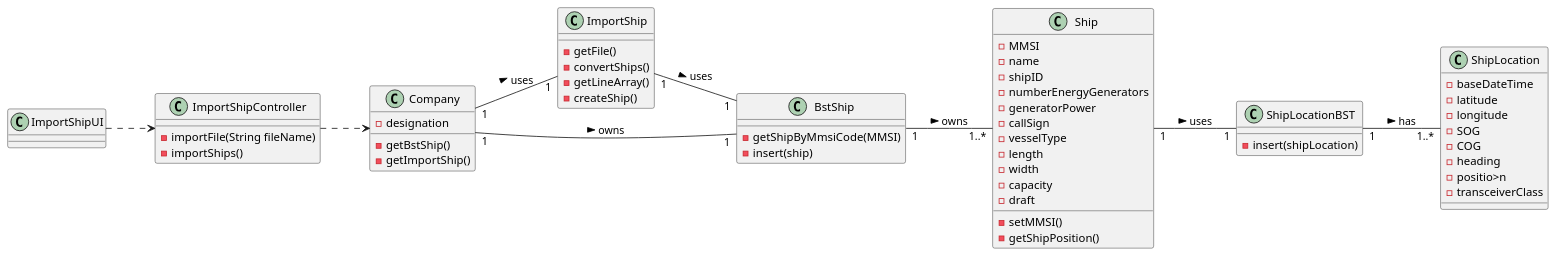
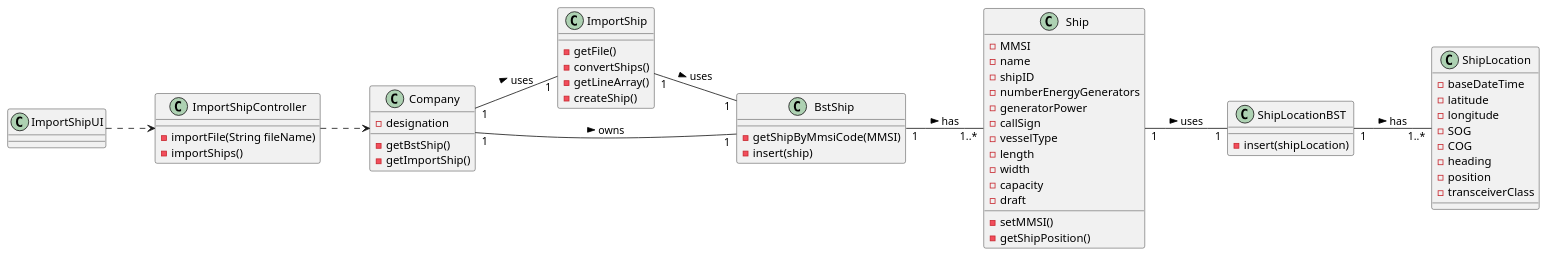
One commit to 0franciscor/lapr3-2021-g042 changed the diagram in docs/US101/US101_CD.puml. Above: the diagram before and after it, drawn with PlantUML. The commit also changed 3 other files, not shown here.

Commit message:
G42-39 #close Class Diagram Complete

```diff
--- a/docs/US101/US101_CD.puml
+++ b/docs/US101/US101_CD.puml
@@ -1,80 +1,80 @@
 @startuml
 left to right direction
 
 
 class Company{
 -designation
 -getBstShip()
 -getImportShip()
 }
 
 class Ship {
 -MMSI
 -name
 -shipID
 -numberEnergyGenerators
 -generatorPower
 -callSign
 -vesselType
 -length
 -width
 -capacity
 -draft
 -setMMSI()
 -getShipPosition()
 }
 
 class ImportShip{
 -getFile()
 -convertShips()
 -getLineArray()
 -createShip()
 }
 
 class ImportShipController{
 -importFile(String fileName)
 -importShips()
 }
 
 class ImportShipUI{
 }
 
 class ShipLocation{
 -baseDateTime
 -latitude
 -longitude
 -SOG
 -COG
 -heading
--positio>n
+-position
 -transceiverClass
 }
 
 class ShipLocationBST{
 -insert(shipLocation)
 }
 
 class BstShip{
 -getShipByMmsiCode(MMSI)
 -insert(ship)
 }
 
 ImportShipUI ..> ImportShipController
 
 ImportShipController ..> Company
 
 ImportShip "1" -- "1" BstShip : uses >
 
 Company "1" -- "1" BstShip : owns >
 
 Company "1" -- "1" ImportShip : uses >
 
-BstShip "1" -- "1..*" Ship : owns >
+BstShip "1" -- "1..*" Ship : has >
 
 Ship "1" -- "1" ShipLocationBST : uses >
 
 ShipLocationBST "1" -- "1..*" ShipLocation : has >
 
 
 
 @enduml
```
